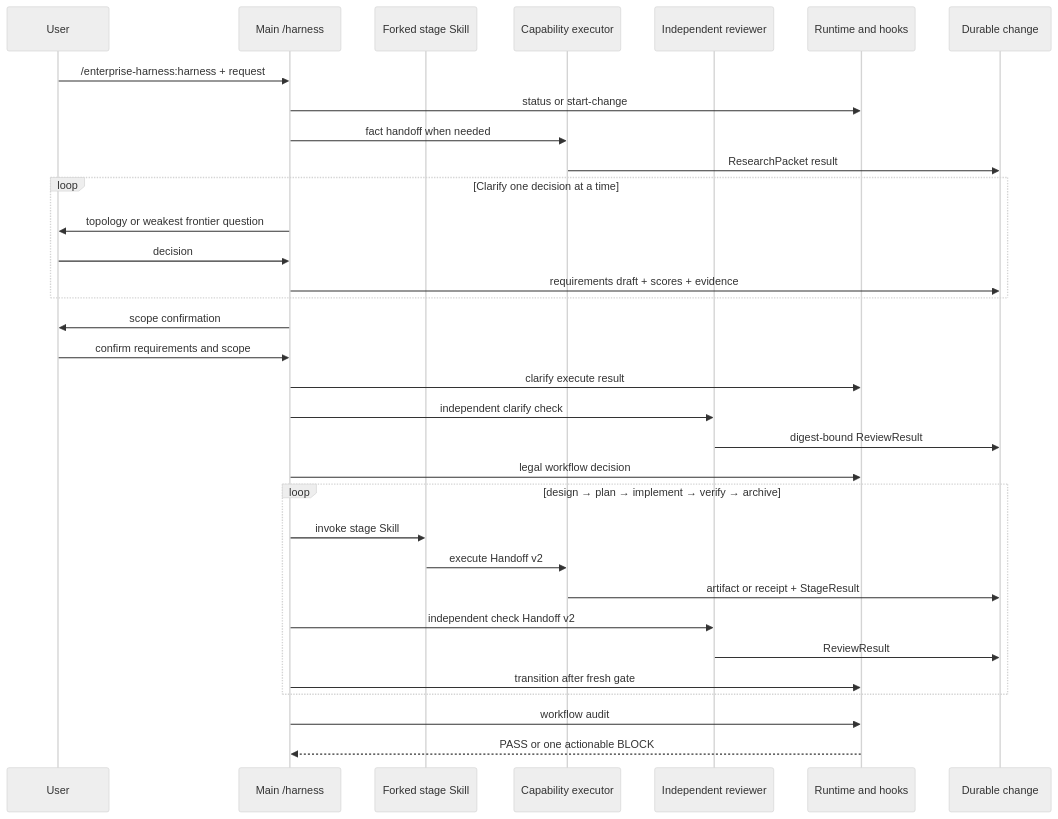
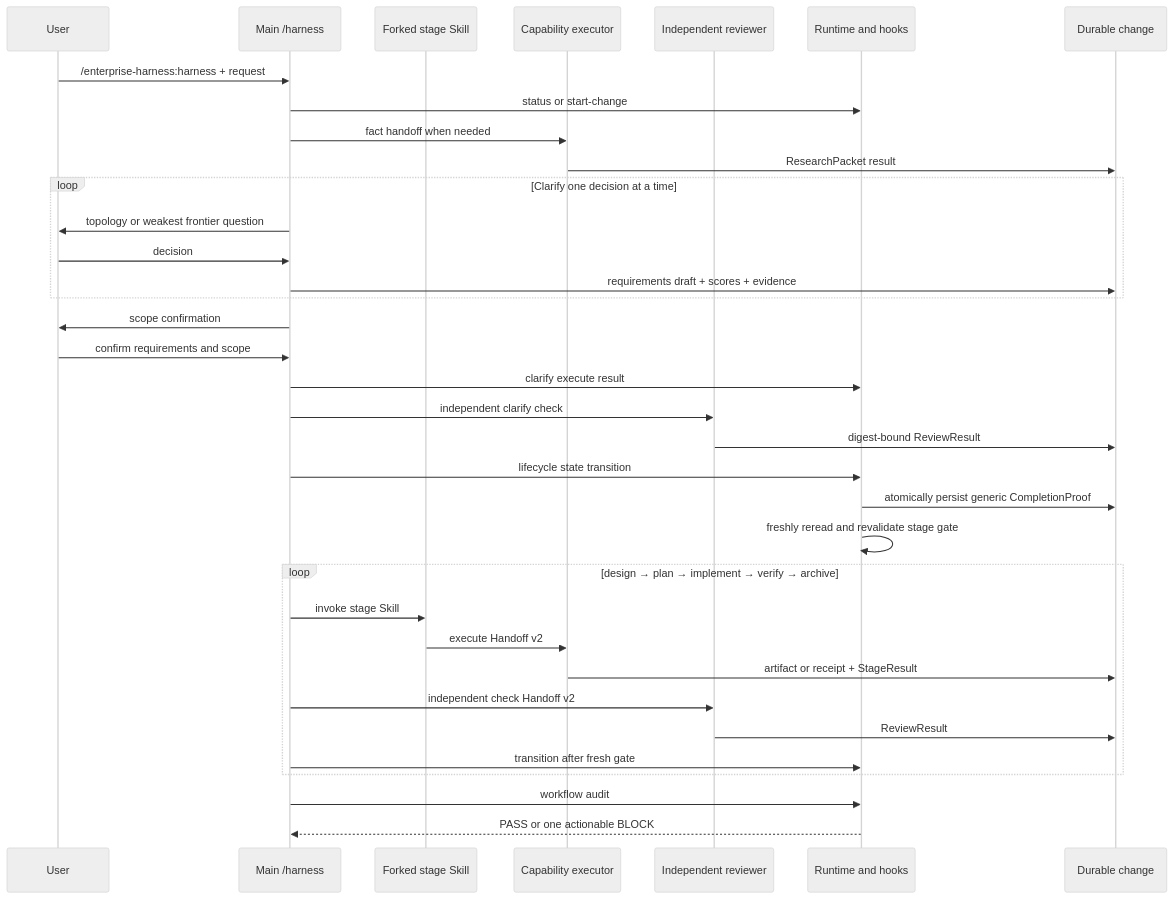
One commit to Emtemf/enterprise-harness changed the diagram in harness/specs/stage-observability.md. Above: the diagram before and after it, drawn with Mermaid (neutral theme). The commit also changed other lines of this file and 17 other files, not shown here.

Commit message:
fix: require persisted clarify transition proof

````diff
--- a/harness/specs/stage-observability.md
+++ b/harness/specs/stage-observability.md
@@ -24,38 +27,40 @@
 ```mermaid
 sequenceDiagram
   participant U as User
   participant M as Main /harness
   participant S as Forked stage Skill
   participant E as Capability executor
   participant K as Independent reviewer
   participant R as Runtime and hooks
   participant D as Durable change
 
   U->>M: /enterprise-harness:harness + request
   M->>R: status or start-change
   M->>E: fact handoff when needed
   E->>D: ResearchPacket result
   loop Clarify one decision at a time
     M->>U: topology or weakest frontier question
     U->>M: decision
     M->>D: requirements draft + scores + evidence
   end
   M->>U: scope confirmation
   U->>M: confirm requirements and scope
   M->>R: clarify execute result
   M->>K: independent clarify check
   K->>D: digest-bound ReviewResult
-  M->>R: legal workflow decision
+  M->>R: lifecycle state transition
+  R->>D: atomically persist generic CompletionProof
+  R->>R: freshly reread and revalidate stage gate
 
   loop design → plan → implement → verify → archive
     M->>S: invoke stage Skill
     S->>E: execute Handoff v2
     E->>D: artifact or receipt + StageResult
     M->>K: independent check Handoff v2
     K->>D: ReviewResult
     M->>R: transition after fresh gate
   end
 
   M->>R: workflow audit
   R-->>M: PASS or one actionable BLOCK
 ```
````
